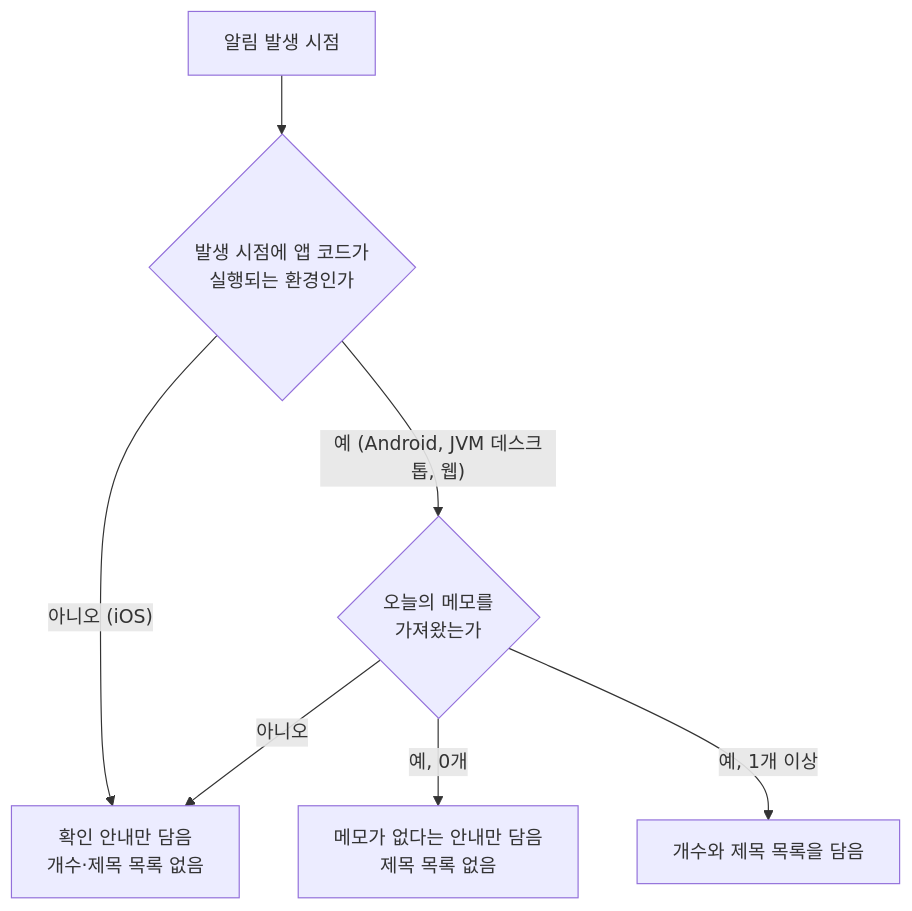
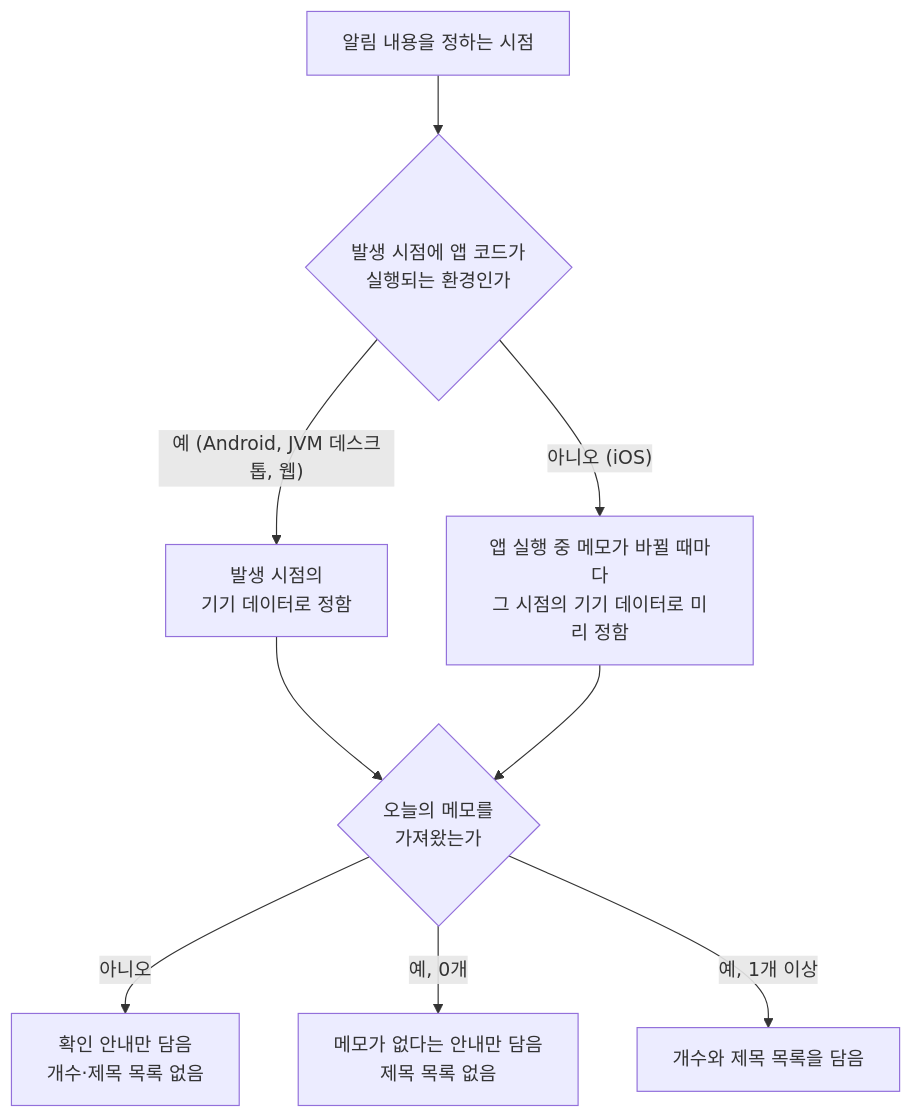
One commit to taetae98coding/DiaryKMP changed the first of 2 diagrams in docs/spec/daily-memo-notification.md. Above: the diagram before and after it, drawn with Mermaid. The commit also changed other lines of this file and 2 other files, not shown here.

First line of the commit message:
docs: iOS 일일 메모 알림에 오늘의 메모 개수와 제목을 담도록 정한다

````diff
--- a/docs/spec/daily-memo-notification.md
+++ b/docs/spec/daily-memo-notification.md
@@ -65,9 +67,11 @@
 ```mermaid
 flowchart TD
-    Start["알림 발생 시점"] --> Runnable{"발생 시점에 앱 코드가<br/>실행되는 환경인가"}
-    Runnable -- "아니오 (iOS)" --> Unknown["확인 안내만 담음<br/>개수·제목 목록 없음"]
-    Runnable -- "예 (Android, JVM 데스크톱, 웹)" --> Fetch{"오늘의 메모를<br/>가져왔는가"}
-    Fetch -- 아니오 --> Unknown
+    Start["알림 내용을 정하는 시점"] --> Runnable{"발생 시점에 앱 코드가<br/>실행되는 환경인가"}
+    Runnable -- "예 (Android, JVM 데스크톱, 웹)" --> AtFire["발생 시점의<br/>기기 데이터로 정함"]
+    Runnable -- "아니오 (iOS)" --> Ahead["앱 실행 중 메모가 바뀔 때마다<br/>그 시점의 기기 데이터로 미리 정함"]
+    AtFire --> Fetch{"오늘의 메모를<br/>가져왔는가"}
+    Ahead --> Fetch
+    Fetch -- 아니오 --> Unknown["확인 안내만 담음<br/>개수·제목 목록 없음"]
     Fetch -- "예, 0개" --> Empty["메모가 없다는 안내만 담음<br/>제목 목록 없음"]
     Fetch -- "예, 1개 이상" --> Listed["개수와 제목 목록을 담음"]
 ```
````
